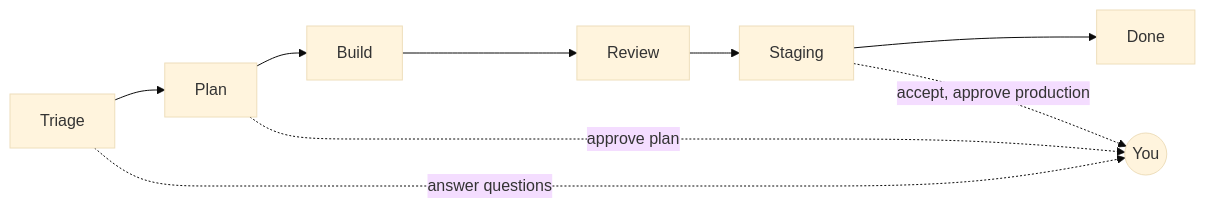
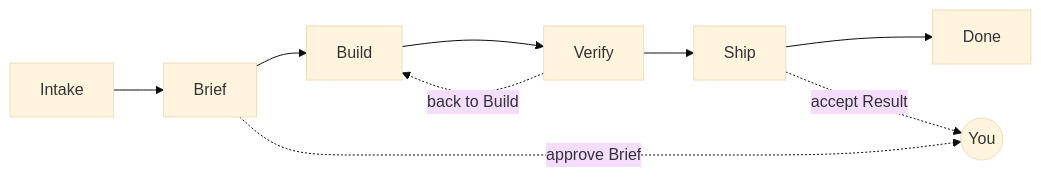
The diagram in README.md (getbauherr/bauherr), drawn with Mermaid (base theme) before and after one commit. The commit also changed other lines of this file and 47 other files, not shown here.

````diff
--- a/README.md
+++ b/README.md
@@ -64,11 +65,11 @@
 ```mermaid
 flowchart LR
-  T[Triage] --> P[Plan]
-  P --> B[Build]
-  B --> R[Review]
-  R --> S[Staging]
+  I[Intake] --> B[Brief]
+  B --> Bu[Build]
+  Bu --> V[Verify]
+  V --> S[Ship]
   S --> D[Done]
-  T -. "answer questions" .-> You((You))
-  P -. "approve plan" .-> You
-  S -. "accept, approve production" .-> You
+  B -. "approve Brief" .-> You((You))
+  S -. "accept Result" .-> You
+  V -. "back to Build" .-> Bu
 ```
````
